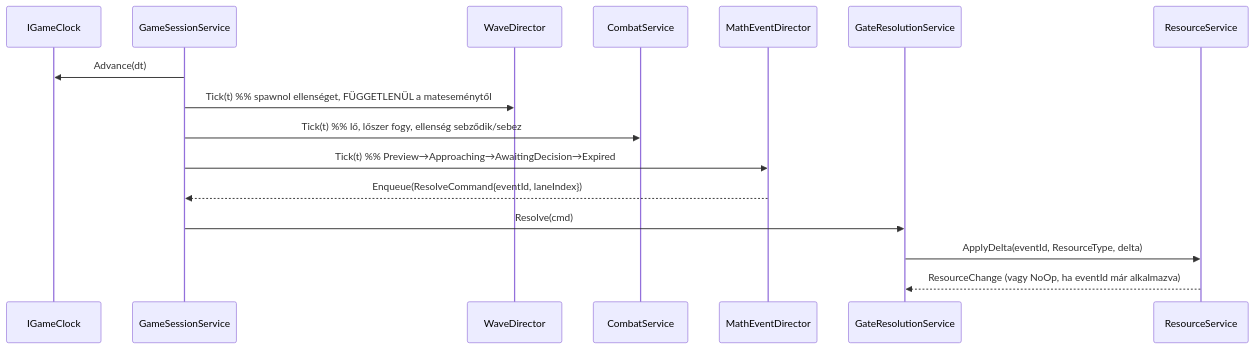
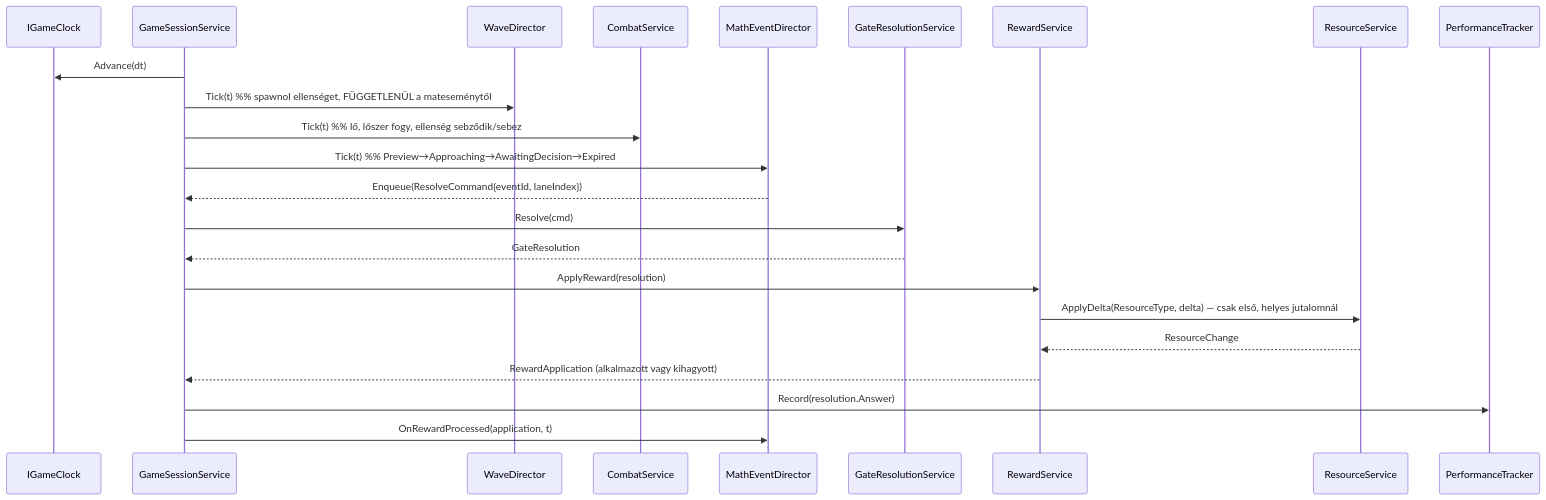
Before and after one commit to kmarkodotnet/mathwars: the fourth of 4 diagrams in docs/ARCHITECTURE.md, drawn with Mermaid. The commit also changed other lines of this file and 2 other files, not shown here.

Commit message:
docs: clarify director lifecycle boundaries [F3-02]

````diff
--- a/docs/ARCHITECTURE.md
+++ b/docs/ARCHITECTURE.md
@@ -316,18 +316,25 @@
 ```mermaid
 sequenceDiagram
     participant C as IGameClock
     participant S as GameSessionService
     participant W as WaveDirector
     participant K as CombatService
     participant M as MathEventDirector
     participant G as GateResolutionService
+    participant Q as RewardService
     participant R as ResourceService
+    participant A as PerformanceTracker
     S->>C: Advance(dt)
     S->>W: Tick(t)  %% spawnol ellenséget, FÜGGETLENÜL a mateseménytől
     S->>K: Tick(t)  %% lő, lőszer fogy, ellenség sebződik/sebez
     S->>M: Tick(t)  %% Preview→Approaching→AwaitingDecision→Expired
     M-->>S: Enqueue(ResolveCommand{eventId, laneIndex})
     S->>G: Resolve(cmd)
-    G->>R: ApplyDelta(eventId, ResourceType, delta)
-    R-->>G: ResourceChange (vagy NoOp, ha eventId már alkalmazva)
+    G-->>S: GateResolution
+    S->>Q: ApplyReward(resolution)
+    Q->>R: ApplyDelta(ResourceType, delta) — csak első, helyes jutalomnál
+    R-->>Q: ResourceChange
+    Q-->>S: RewardApplication (alkalmazott vagy kihagyott)
+    S->>A: Record(resolution.Answer)
+    S->>M: OnRewardProcessed(application, t)
 ```
````
